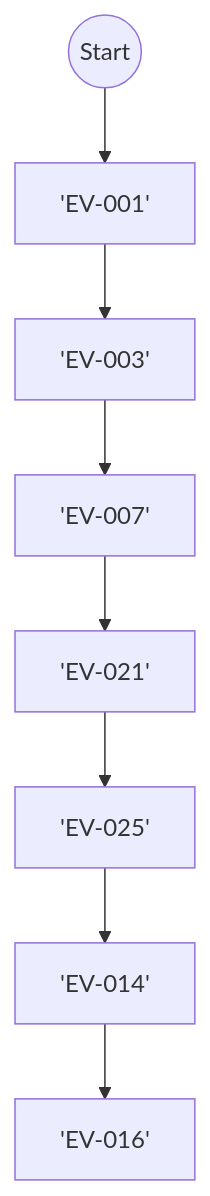
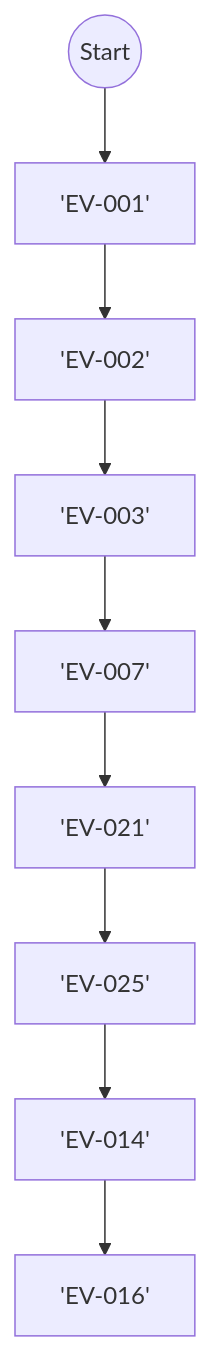
The diagram in docs/timeline.md (hPPPf7/GameProject), drawn with Mermaid before and after one commit. The commit also changed 2 other files, not shown here.

Commit message:
新增事件 EV-002 村口雨聲

````diff
--- a/docs/timeline.md
+++ b/docs/timeline.md
@@ -3,10 +3,11 @@
 ```mermaid
 graph TD
     start((Start)) --> E1['EV-001']
-    E1['EV-001'] --> E2['EV-003']
-    E2['EV-003'] --> E3['EV-007']
-    E3['EV-007'] --> E4['EV-021']
-    E4['EV-021'] --> E5['EV-025']
-    E5['EV-025'] --> E6['EV-014']
-    E6['EV-014'] --> E7['EV-016']
+    E1['EV-001'] --> E2['EV-002']
+    E2['EV-002'] --> E3['EV-003']
+    E3['EV-003'] --> E4['EV-007']
+    E4['EV-007'] --> E5['EV-021']
+    E5['EV-021'] --> E6['EV-025']
+    E6['EV-025'] --> E7['EV-014']
+    E7['EV-014'] --> E8['EV-016']
 ```
````
